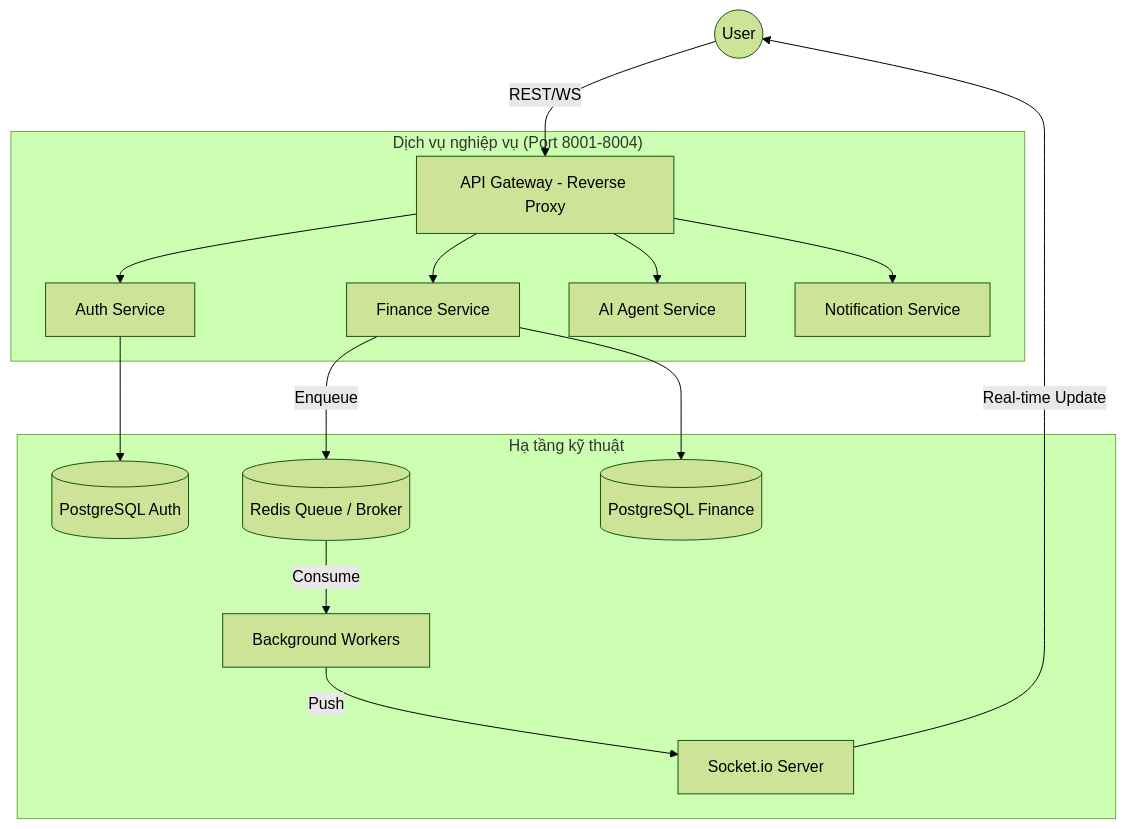
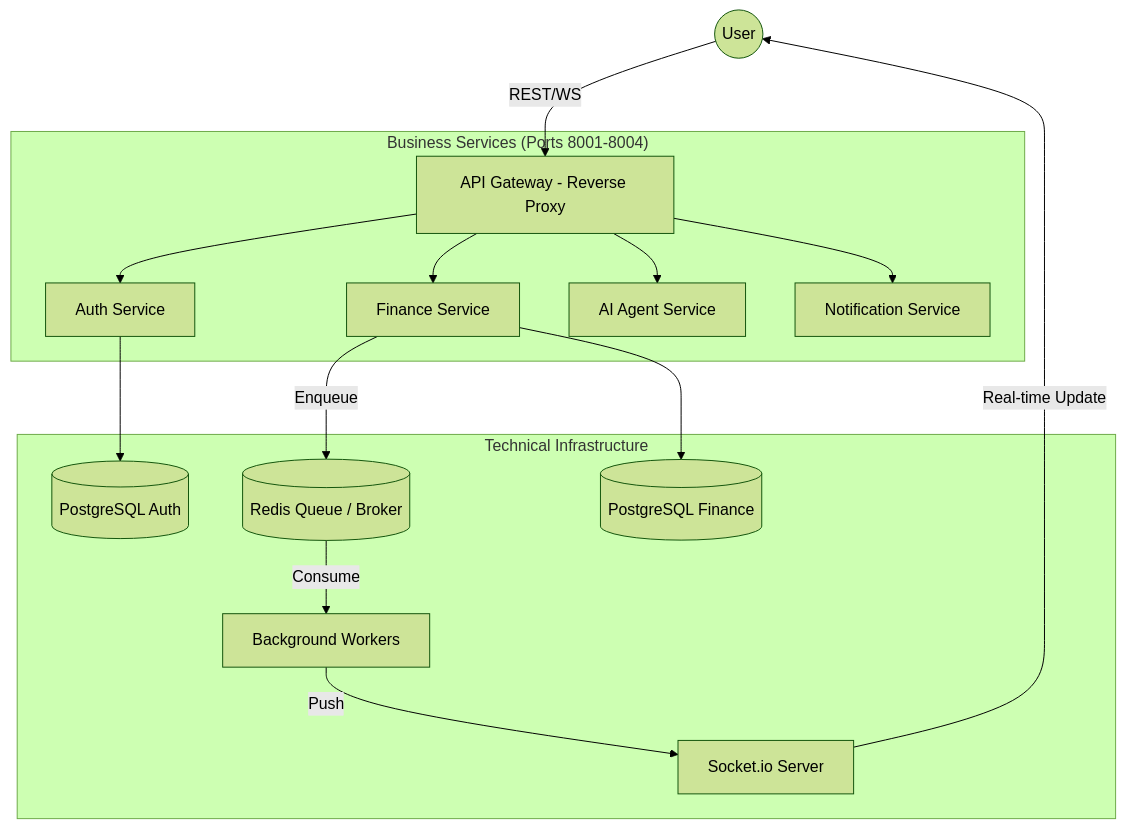
The diagram in README.md (Tahumn/finance-ai-system), drawn with Mermaid (forest theme) before and after one commit. The commit also changed other lines of this file and 2 other files, not shown here.

````diff
--- a/README.md
+++ b/README.md
@@ -67,21 +67,21 @@
 ```mermaid
 graph TD
     User((User)) -- "REST/WS" --> Gateway[API Gateway - Reverse Proxy]
     
-    subgraph "Dịch vụ nghiệp vụ (Port 8001-8004)"
+    subgraph "Business Services (Ports 8001-8004)"
         Gateway --> Auth[Auth Service]
         Gateway --> Finance[Finance Service]
         Gateway --> AI[AI Agent Service]
         Gateway --> Noti[Notification Service]
     end
     
-    subgraph "Hạ tầng kỹ thuật"
+    subgraph "Technical Infrastructure"
         Finance -- "Enqueue" --> Redis[(Redis Queue / Broker)]
         Redis -- "Consume" --> Worker[Background Workers]
         Auth --> AuthDB[(PostgreSQL Auth)]
         Finance --> FinDB[(PostgreSQL Finance)]
         Worker -- "Push" --> Socket[Socket.io Server]
     end
     
     Socket -- "Real-time Update" --> User
 ```
````
